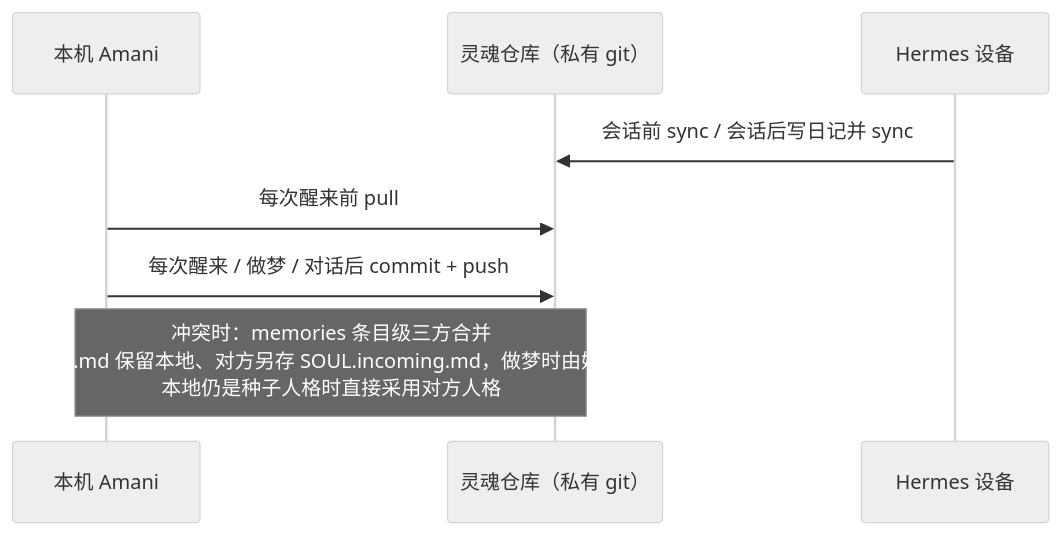
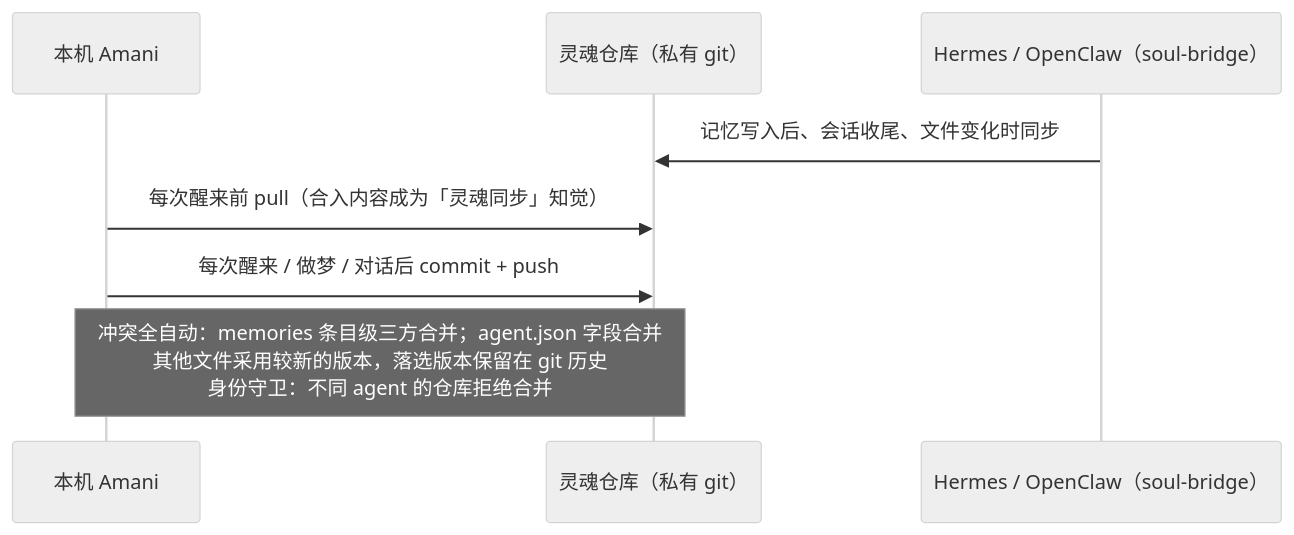
The seventh of 8 diagrams in docs/ARCHITECTURE.md (Causally-XYZ/Project.Quetzal), drawn with Mermaid (neutral theme) before and after one commit. The commit also changed other lines of this file and 5 other files, not shown here.

````diff
--- a/docs/ARCHITECTURE.md
+++ b/docs/ARCHITECTURE.md
@@ -186,10 +188,10 @@
 ```mermaid
 sequenceDiagram
   participant A as 本机 Amani
   participant R as 灵魂仓库（私有 git）
-  participant H as Hermes 设备
-  H->>R: 会话前 sync / 会话后写日记并 sync
-  A->>R: 每次醒来前 pull
+  participant H as Hermes / OpenClaw（soul-bridge）
+  H->>R: 记忆写入后、会话收尾、文件变化时同步
+  A->>R: 每次醒来前 pull（合入内容成为「灵魂同步」知觉）
   A->>R: 每次醒来 / 做梦 / 对话后 commit + push
-  Note over A,R: 冲突时：memories 条目级三方合并<br/>SOUL.md 保留本地、对方另存 SOUL.incoming.md，做梦时由她调和<br/>本地仍是种子人格时直接采用对方人格
+  Note over A,R: 冲突全自动：memories 条目级三方合并；agent.json 字段合并<br/>其他文件采用较新的版本，落选版本保留在 git 历史<br/>身份守卫：不同 agent 的仓库拒绝合并
 ```
````
